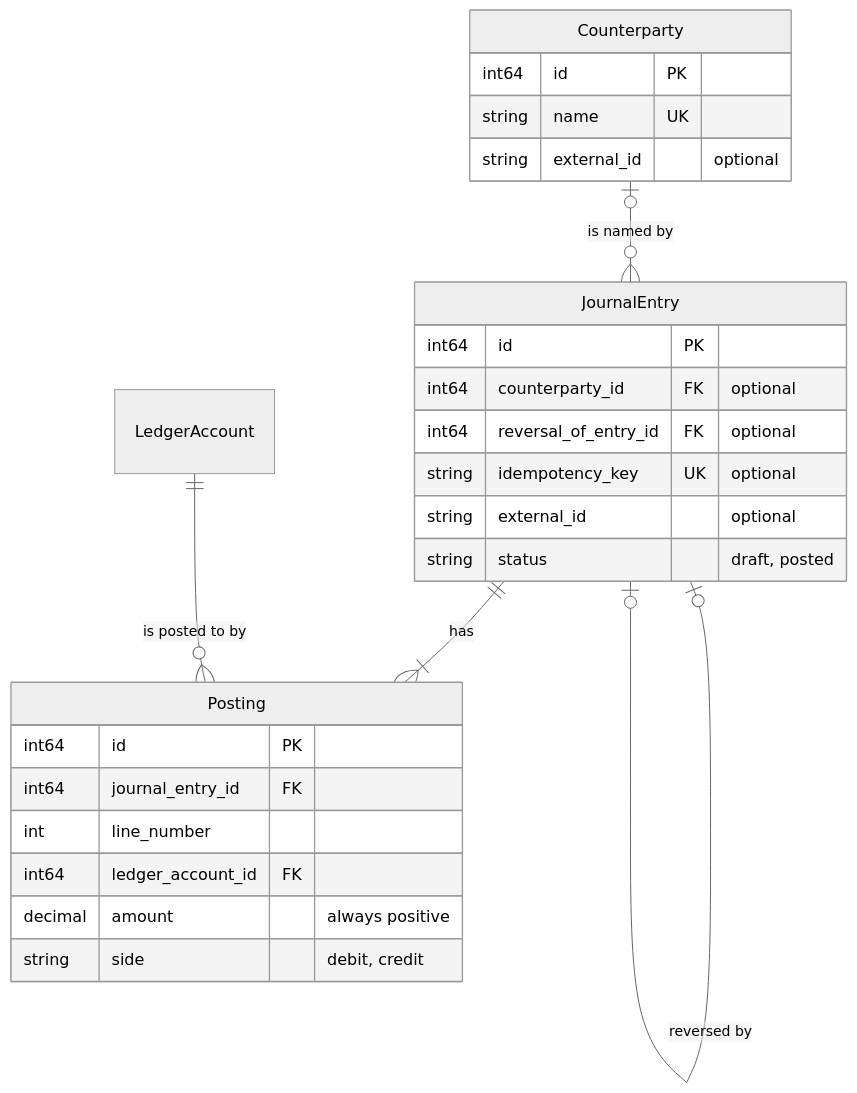
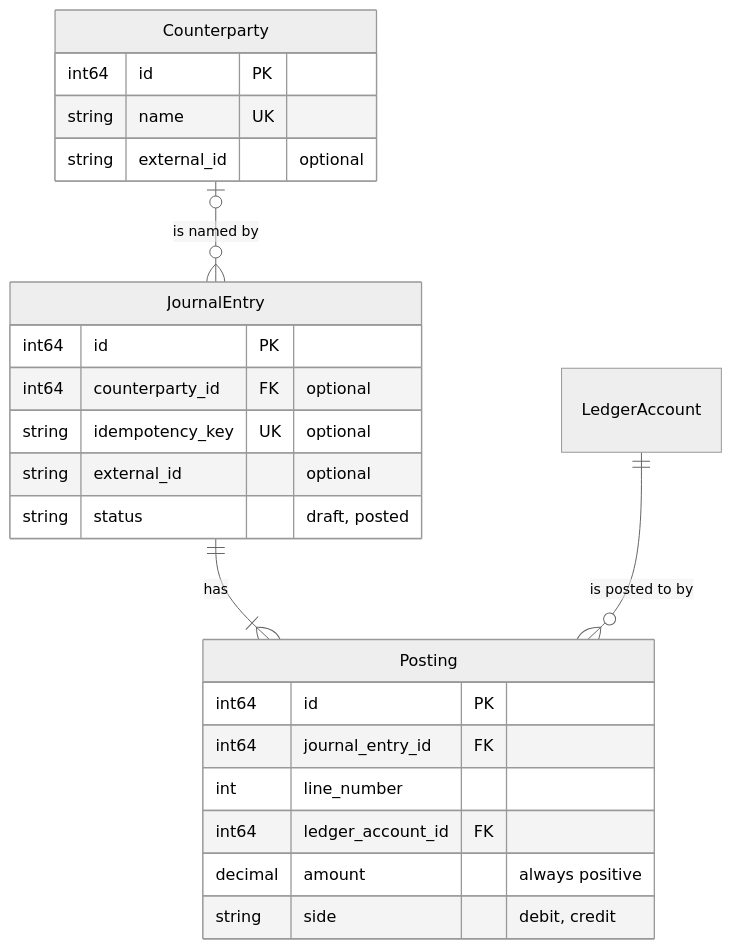
Before and after one commit to logicorg/ivfs: the second of 4 diagrams in docs/onboarding/entity_relationships.md, drawn with Mermaid (neutral theme). The commit also changed other lines of this file and 91 other files, not shown here.

First line of the commit message:
feat: remove journal entry and movement reversals (ADR 0017) (#40)

````diff
--- a/docs/onboarding/entity_relationships.md
+++ b/docs/onboarding/entity_relationships.md
@@ -132,29 +132,27 @@
 ```mermaid
 erDiagram
     JournalEntry ||--|{ Posting : "has"
     LedgerAccount ||--o{ Posting : "is posted to by"
     Counterparty |o--o{ JournalEntry : "is named by"
-    JournalEntry |o--o| JournalEntry : "reversed by"
 
     JournalEntry {
         int64 id PK
         int64 counterparty_id FK "optional"
-        int64 reversal_of_entry_id FK "optional"
         string idempotency_key UK "optional"
         string external_id "optional"
         string status "draft, posted"
     }
     Posting {
         int64 id PK
         int64 journal_entry_id FK
         int line_number
         int64 ledger_account_id FK
         decimal amount "always positive"
         string side "debit, credit"
     }
     Counterparty {
         int64 id PK
         string name UK
         string external_id "optional"
     }
 ```
````
